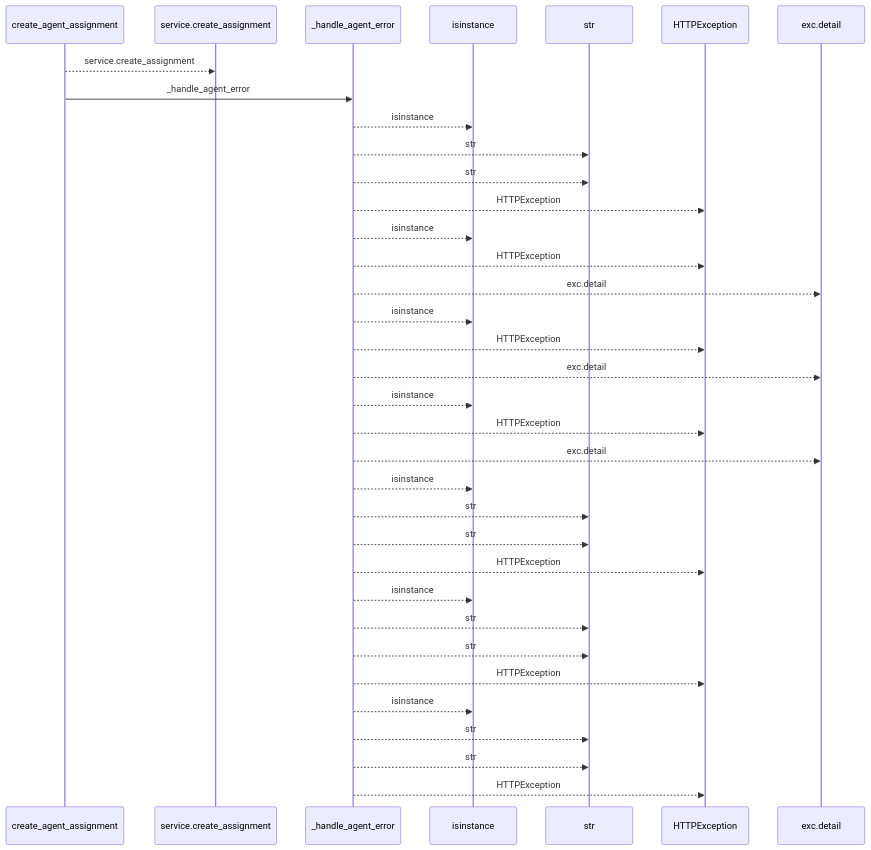
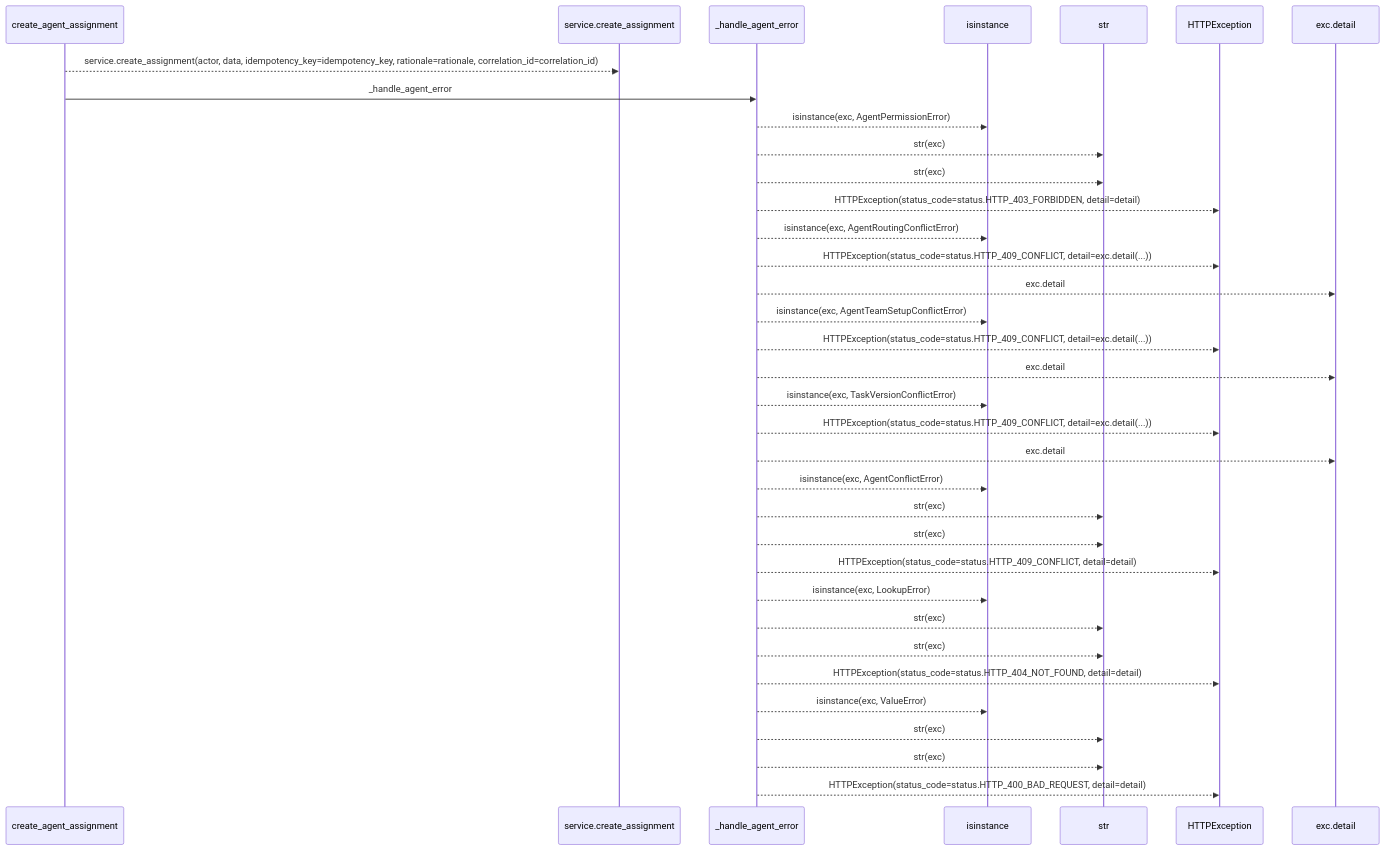
The first of 2 diagrams in docs/llm_wiki/flows/http-create_agent_assignment.md (Denissvgn/WorkChord), drawn with Mermaid before and after one commit. The commit also changed other lines of this file and 25171 other files, not shown here.

````diff
--- a/docs/llm_wiki/flows/http-create_agent_assignment.md
+++ b/docs/llm_wiki/flows/http-create_agent_assignment.md
@@ -10,37 +12,37 @@
 ```mermaid
 sequenceDiagram
     participant p0 as create_agent_assignment
     participant p1 as service.create_assignment
     participant p2 as _handle_agent_error
     participant p3 as isinstance
     participant p4 as str
     participant p5 as HTTPException
     participant p6 as exc.detail
-    p0-->>p1: service.create_assignment
+    p0-->>p1: service.create_assignment(actor, data, idempotency_key=idempotency_key, rationale=rationale, correlation_id=correlation_id)
     p0->>p2: _handle_agent_error
-    p2-->>p3: isinstance
-    p2-->>p4: str
-    p2-->>p4: str
-    p2-->>p5: HTTPException
-    p2-->>p3: isinstance
-    p2-->>p5: HTTPException
+    p2-->>p3: isinstance(exc, AgentPermissionError)
+    p2-->>p4: str(exc)
+    p2-->>p4: str(exc)
+    p2-->>p5: HTTPException(status_code=status.HTTP_403_FORBIDDEN, detail=detail)
+    p2-->>p3: isinstance(exc, AgentRoutingConflictError)
+    p2-->>p5: HTTPException(status_code=status.HTTP_409_CONFLICT, detail=exc.detail(...))
     p2-->>p6: exc.detail
-    p2-->>p3: isinstance
-    p2-->>p5: HTTPException
+    p2-->>p3: isinstance(exc, AgentTeamSetupConflictError)
+    p2-->>p5: HTTPException(status_code=status.HTTP_409_CONFLICT, detail=exc.detail(...))
     p2-->>p6: exc.detail
-    p2-->>p3: isinstance
-    p2-->>p5: HTTPException
+    p2-->>p3: isinstance(exc, TaskVersionConflictError)
+    p2-->>p5: HTTPException(status_code=status.HTTP_409_CONFLICT, detail=exc.detail(...))
     p2-->>p6: exc.detail
-    p2-->>p3: isinstance
-    p2-->>p4: str
-    p2-->>p4: str
-    p2-->>p5: HTTPException
-    p2-->>p3: isinstance
-    p2-->>p4: str
-    p2-->>p4: str
-    p2-->>p5: HTTPException
-    p2-->>p3: isinstance
-    p2-->>p4: str
-    p2-->>p4: str
-    p2-->>p5: HTTPException
+    p2-->>p3: isinstance(exc, AgentConflictError)
+    p2-->>p4: str(exc)
+    p2-->>p4: str(exc)
+    p2-->>p5: HTTPException(status_code=status.HTTP_409_CONFLICT, detail=detail)
+    p2-->>p3: isinstance(exc, LookupError)
+    p2-->>p4: str(exc)
+    p2-->>p4: str(exc)
+    p2-->>p5: HTTPException(status_code=status.HTTP_404_NOT_FOUND, detail=detail)
+    p2-->>p3: isinstance(exc, ValueError)
+    p2-->>p4: str(exc)
+    p2-->>p4: str(exc)
+    p2-->>p5: HTTPException(status_code=status.HTTP_400_BAD_REQUEST, detail=detail)
 ```
````
